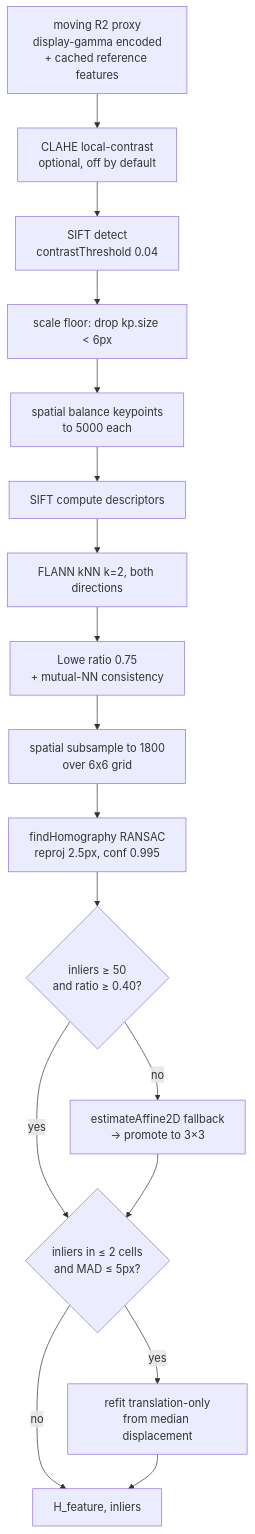
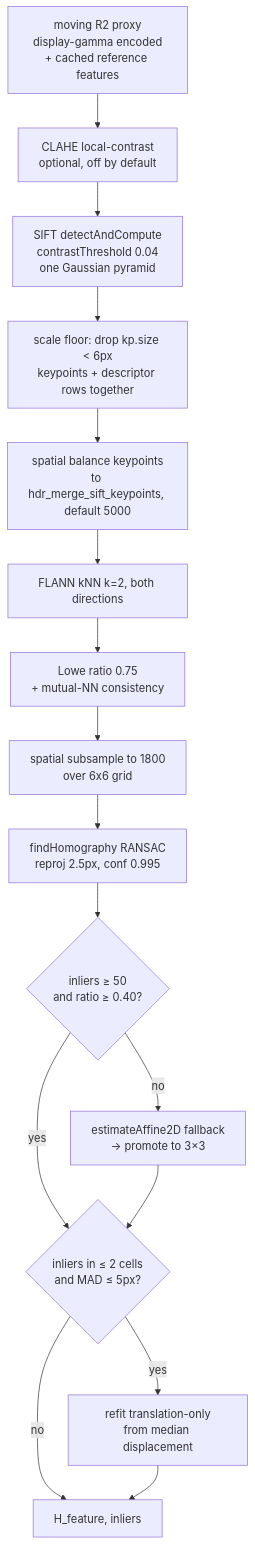
One commit to darktable-org/darktable changed the fourth of 6 diagrams in dev-doc/HDR_Alignment_Design.md. Above: the diagram before and after it, drawn with Mermaid. The commit also changed other lines of this file and 5 other files, not shown here.

````diff
--- a/dev-doc/HDR_Alignment_Design.md
+++ b/dev-doc/HDR_Alignment_Design.md
@@ -236,19 +245,18 @@
 ```mermaid
 flowchart TD
     A[moving R2 proxy<br/>display-gamma encoded<br/>+ cached reference features] --> A2[CLAHE local-contrast<br/>optional, off by default]
-    A2 --> B[SIFT detect<br/>contrastThreshold 0.04]
-    B --> C[scale floor: drop kp.size < 6px]
-    C --> C2[spatial balance keypoints<br/>to 5000 each]
-    C2 --> D[SIFT compute descriptors]
-    D --> E[FLANN kNN k=2, both directions]
+    A2 --> B[SIFT detectAndCompute<br/>contrastThreshold 0.04<br/>one Gaussian pyramid]
+    B --> C[scale floor: drop kp.size < 6px<br/>keypoints + descriptor rows together]
+    C --> C2[spatial balance keypoints<br/>to hdr_merge_sift_keypoints, default 5000]
+    C2 --> E[FLANN kNN k=2, both directions]
     E --> F[Lowe ratio 0.75<br/>+ mutual-NN consistency]
     F --> G[spatial subsample to 1800<br/>over 6x6 grid]
     G --> H[findHomography RANSAC<br/>reproj 2.5px, conf 0.995]
     H --> I{inliers ≥ 50<br/>and ratio ≥ 0.40?}
     I -- no --> J[estimateAffine2D fallback<br/>→ promote to 3×3]
     I -- yes --> L
     J --> L{inliers in ≤ 2 cells<br/>and MAD ≤ 5px?}
     L -- yes --> M[refit translation-only<br/>from median displacement]
     L -- no --> K[H_feature, inliers]
     M --> K
 ```
````
